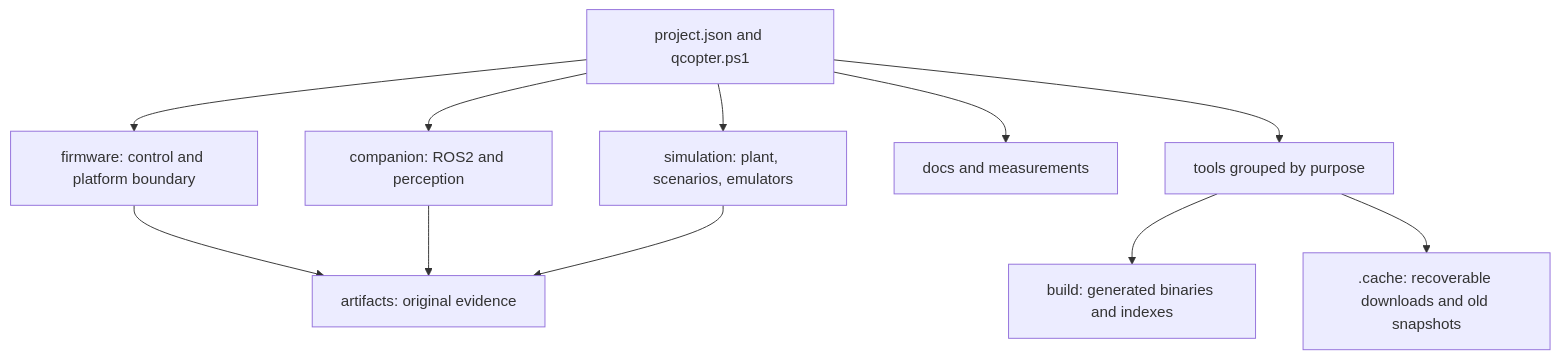
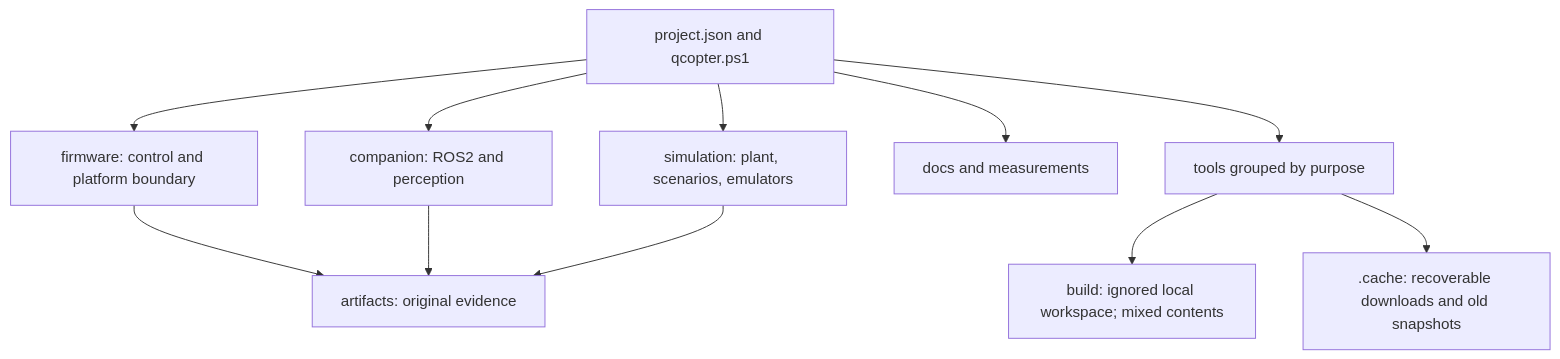
One commit to BenMohStem/IntelQCopter changed the diagram in docs/architecture.md. Above: the diagram before and after it, drawn with Mermaid. The commit also changed other lines of this file and 8 other files, not shown here.

Commit message:
Document mixed build tree and update cleanup handoff

````diff
--- a/docs/architecture.md
+++ b/docs/architecture.md
@@ -18,13 +18,13 @@
 ```mermaid
 flowchart TD
   P[project.json and qcopter.ps1] --> F[firmware: control and platform boundary]
   P --> C[companion: ROS2 and perception]
   P --> S[simulation: plant, scenarios, emulators]
   P --> D[docs and measurements]
   P --> T[tools grouped by purpose]
   F --> E[artifacts: original evidence]
   C --> E
   S --> E
-  T --> B[build: generated binaries and indexes]
+  T --> B[build: ignored local workspace; mixed contents]
   T --> K[.cache: recoverable downloads and old snapshots]
 ```
````
